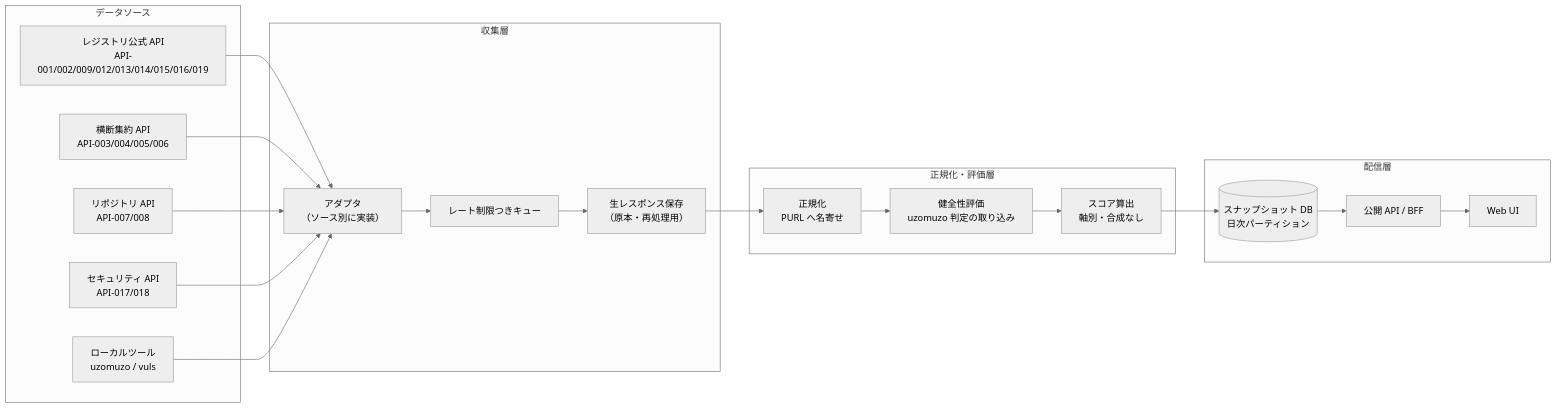
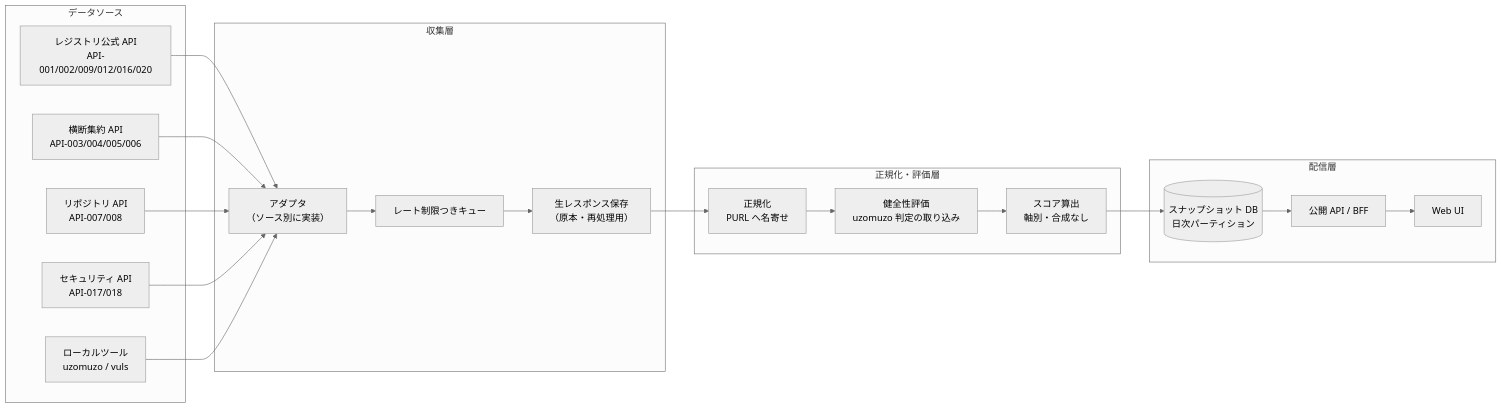
Before and after one commit to kotaroAi-1031/libtrends: the second of 3 diagrams in docs/research/04-design-draft.md, drawn with Mermaid (neutral theme). The commit also changed other lines of this file, not shown here.

````diff
--- a/docs/research/04-design-draft.md
+++ b/docs/research/04-design-draft.md
@@ -154,36 +155,36 @@
 ```mermaid
 flowchart LR
     subgraph Sources["データソース"]
-        R1["レジストリ公式 API<br/>API-001/002/009/012/013/014/015/016/019"]
+        R1["レジストリ公式 API<br/>API-001/002/009/012/016/020"]
         R2["横断集約 API<br/>API-003/004/005/006"]
         R3["リポジトリ API<br/>API-007/008"]
         R4["セキュリティ API<br/>API-017/018"]
         R5["ローカルツール<br/>uzomuzo / vuls"]
     end
 
     subgraph Ingest["収集層"]
         A["アダプタ<br/>（ソース別に実装）"]
         Q["レート制限つきキュー"]
         RAW["生レスポンス保存<br/>（原本・再処理用）"]
     end
 
     subgraph Core["正規化・評価層"]
         N["正規化<br/>PURL へ名寄せ"]
         S["健全性評価<br/>uzomuzo 判定の取り込み"]
         SC["スコア算出<br/>軸別・合成なし"]
     end
 
     subgraph Serve["配信層"]
         DB[("スナップショット DB<br/>日次パーティション")]
         API["公開 API / BFF"]
         WEB["Web UI"]
     end
 
     R1 --> A
     R2 --> A
     R3 --> A
     R4 --> A
     R5 --> A
     A --> Q --> RAW --> N --> S --> SC --> DB
     DB --> API --> WEB
 ```
````
